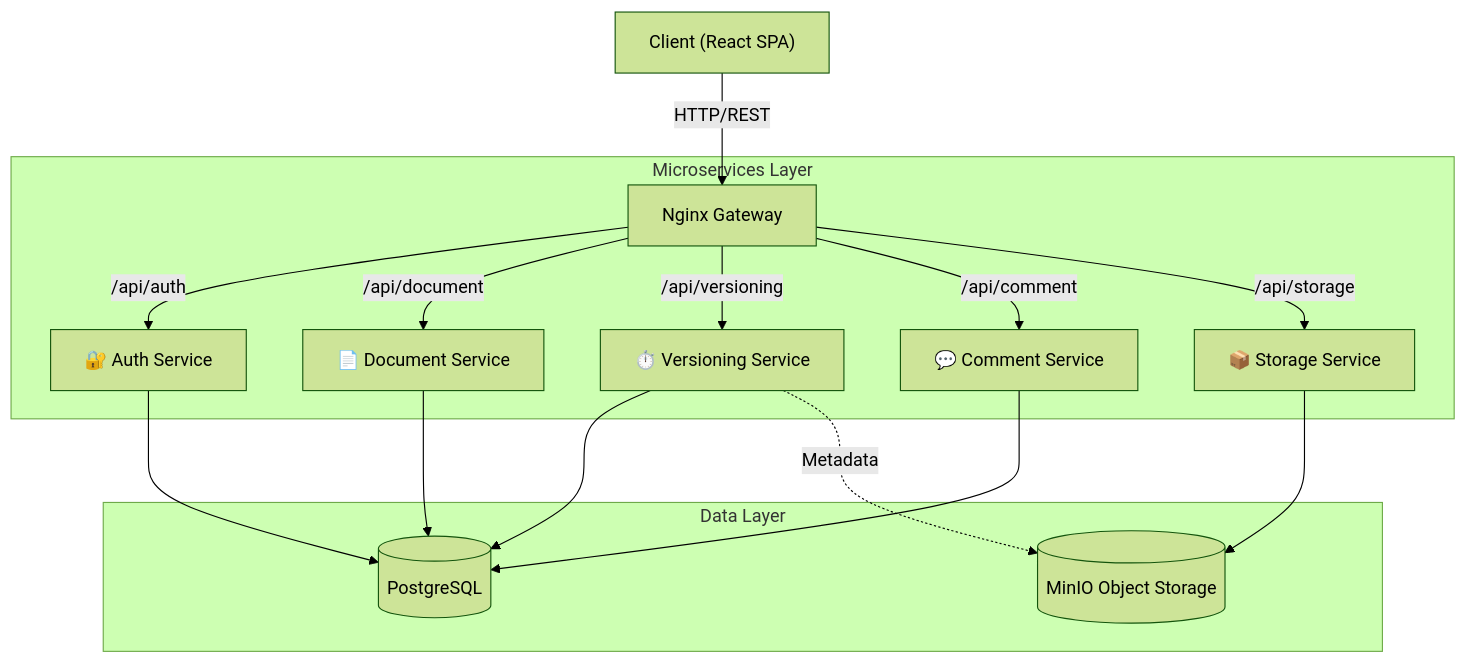
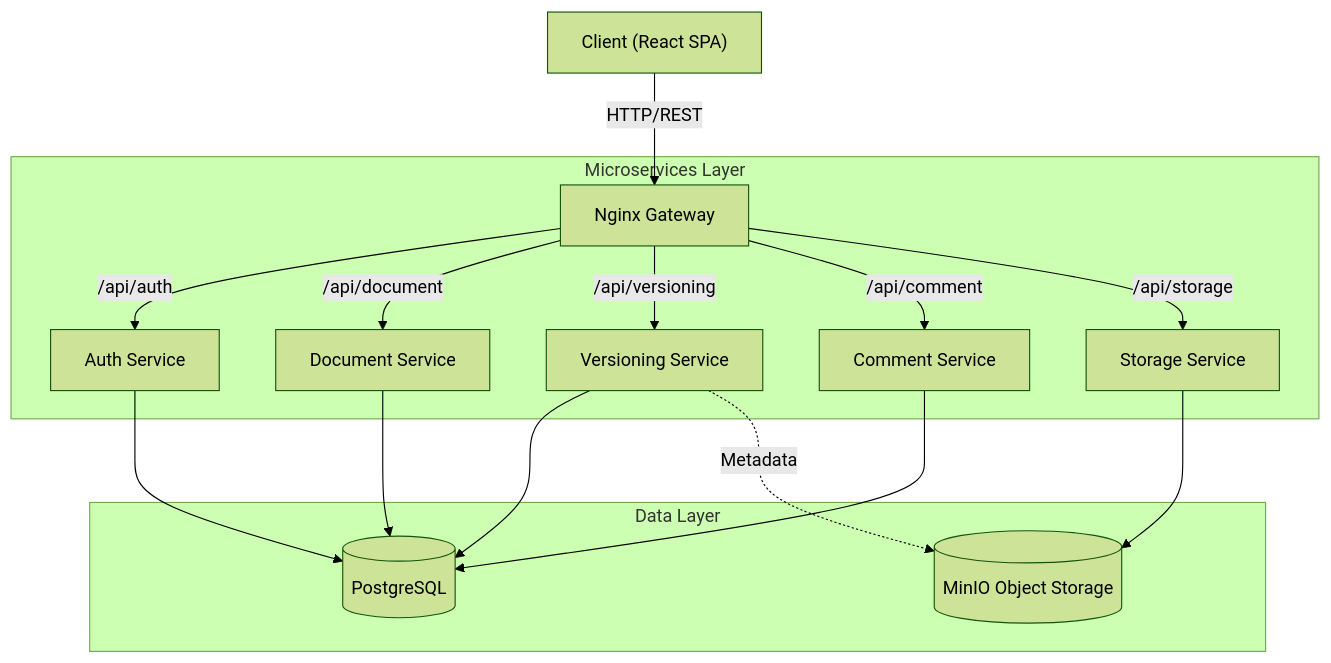
One commit to Yigtwxx/Neural-Archives changed the diagram in README.md. Above: the diagram before and after it, drawn with Mermaid (forest theme). The commit also changed other lines of this file, not shown here.

````diff
--- a/README.md
+++ b/README.md
@@ -40,22 +38,22 @@
 ```mermaid
 graph TD
     Client["Client (React SPA)"] -->|HTTP/REST| Gateway["Nginx Gateway"]
     
     subgraph "Microservices Layer"
-        Gateway -->|/api/auth| AuthService["🔐 Auth Service"]
-        Gateway -->|/api/document| DocService["📄 Document Service"]
-        Gateway -->|/api/versioning| VerService["⏱️ Versioning Service"]
-        Gateway -->|/api/comment| CommentService["💬 Comment Service"]
-        Gateway -->|/api/storage| StorageService["📦 Storage Service"]
+        Gateway -->|/api/auth| AuthService[" Auth Service"]
+        Gateway -->|/api/document| DocService[" Document Service"]
+        Gateway -->|/api/versioning| VerService[" Versioning Service"]
+        Gateway -->|/api/comment| CommentService[" Comment Service"]
+        Gateway -->|/api/storage| StorageService[" Storage Service"]
     end
 
     subgraph "Data Layer"
         AuthService --> Postgres[("PostgreSQL")]
         DocService --> Postgres
         VerService --> Postgres
         CommentService --> Postgres
         
         StorageService --> MinIO[("MinIO Object Storage")]
         VerService -.->|Metadata| MinIO
     end
 ```
````
